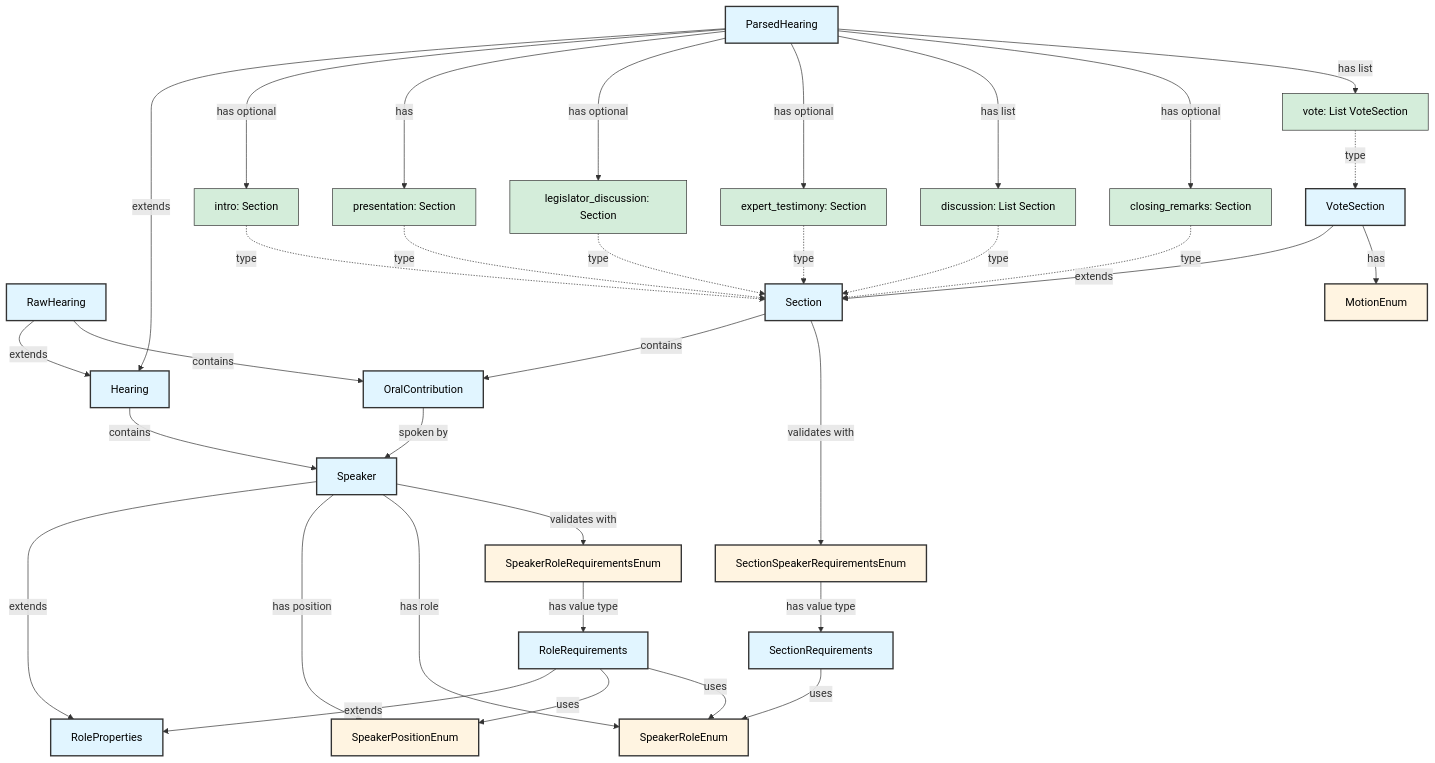
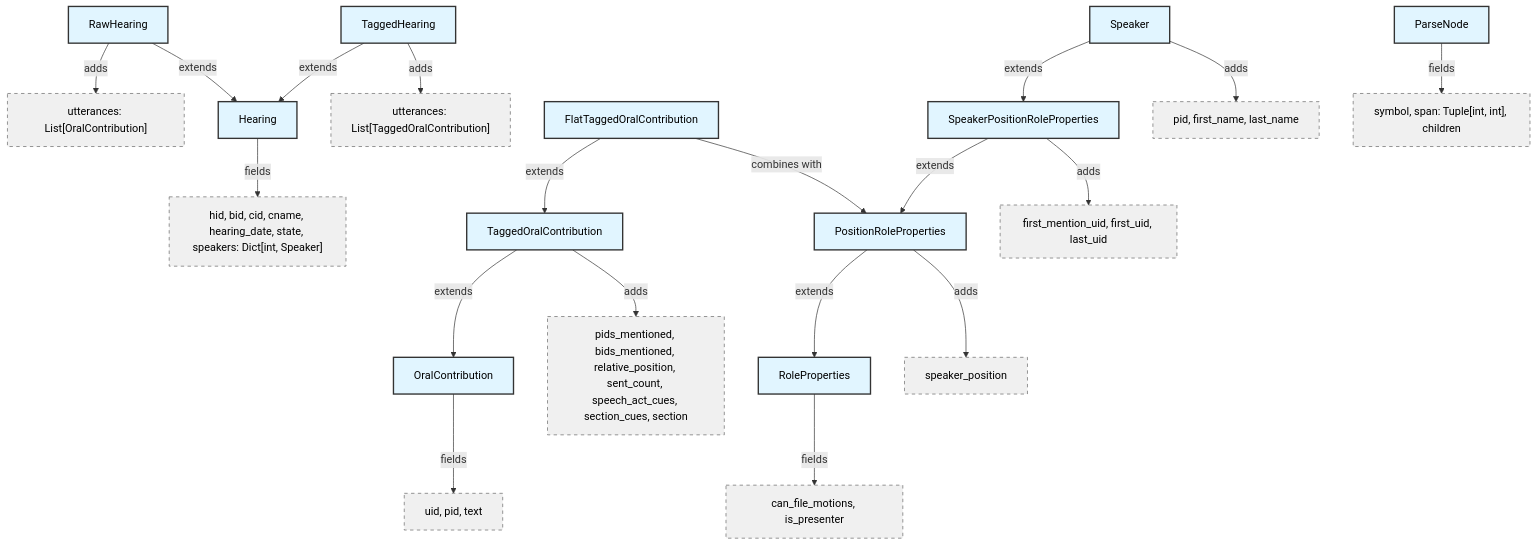
One commit to IsaacFigNewton/CommitteeHearingDiscourseParser changed the second of 3 diagrams in README.md. Above: the diagram before and after it, drawn with Mermaid. The commit also changed other lines of this file and 1 other file, not shown here.

````diff
--- a/README.md
+++ b/README.md
@@ -111,84 +130,53 @@
 ```mermaid
 graph TD
-    %% Main entities
+    %% Hearing hierarchy
     Hearing[Hearing]
+    Hearing -->|fields| hearing_fields["hid, bid, cid, cname, hearing_date, state, speakers: Dict[int, Speaker]"]
     RawHearing[RawHearing]
-    ParsedHearing[ParsedHearing]
+    RawHearing -->|adds| raw_fields["utterances: List[OralContribution]"]
+    RawHearing -->|extends| Hearing
+    TaggedHearing[TaggedHearing]
+    TaggedHearing -->|extends| Hearing
+    TaggedHearing -->|adds| tagged_fields["utterances: List[TaggedOralContribution]"]
+
+    %% OralContribution hierarchy
+    OralContribution[OralContribution]
+    TaggedOralContribution[TaggedOralContribution]
+    FlatTaggedOralContribution[FlatTaggedOralContribution]
+    FlatTaggedOralContribution -->|extends| TaggedOralContribution
+    FlatTaggedOralContribution -->|combines with| PositionRoleProperties
+
+    %% Speaker property hierarchy
+    RoleProperties[RoleProperties]
+    PositionRoleProperties[PositionRoleProperties]
+    SpeakerPositionRoleProperties[SpeakerPositionRoleProperties]
     Speaker[Speaker]
-    OralContribution[OralContribution]
 
-    %% Sections
-    Section[Section]
-    VoteSection[VoteSection]
+    %% Other classes
+    ParseNode[ParseNode]
 
-    %% Enums
-    SpeakerPositionEnum[SpeakerPositionEnum]
-    SpeakerRoleEnum[SpeakerRoleEnum]
-    SpeakerRoleRequirementsEnum[SpeakerRoleRequirementsEnum]
-    SectionSpeakerRequirementsEnum[SectionSpeakerRequirementsEnum]
-    MotionEnum[MotionEnum]
+    %% OralContribution hierarchy relationships
+    TaggedOralContribution -->|extends| OralContribution
 
-    %% Supporting classes
-    RoleProperties[RoleProperties]
-    RoleRequirements[RoleRequirements]
-    SectionRequirements[SectionRequirements]
+    %% Speaker property hierarchy relationships
+    PositionRoleProperties -->|extends| RoleProperties
+    PositionRoleProperties -->|adds| position_fields["speaker_position"]
+    SpeakerPositionRoleProperties -->|extends| PositionRoleProperties
+    SpeakerPositionRoleProperties -->|adds| tracking_fields["first_mention_uid, first_uid, last_uid"]
+    Speaker -->|extends| SpeakerPositionRoleProperties
 
-    %% Hearing hierarchy
-    RawHearing -->|extends| Hearing
-    ParsedHearing -->|extends| Hearing
+    OralContribution -->|fields| oral_fields["uid, pid, text"]
+    TaggedOralContribution -->|adds| tagged_oral_fields["pids_mentioned, bids_mentioned, relative_position, sent_count, speech_act_cues, section_cues, section"]
 
-    %% Hearing relationships
-    Hearing -->|contains| Speaker
-    RawHearing -->|contains| OralContribution
+    RoleProperties -->|fields| role_fields["can_file_motions, is_presenter"]
+    Speaker -->|adds| speaker_fields["pid, first_name, last_name"]
 
-    %% ParsedHearing sections
-    ParsedHearing -->|has optional| intro[intro: Section]
-    ParsedHearing -->|has| presentation[presentation: Section]
-    ParsedHearing -->|has optional| legislator_discussion[legislator_discussion: Section]
-    ParsedHearing -->|has optional| expert_testimony[expert_testimony: Section]
-    ParsedHearing -->|has list| discussion[discussion: List Section]
-    ParsedHearing -->|has optional| closing[closing_remarks: Section]
-    ParsedHearing -->|has list| vote[vote: List VoteSection]
-
-    intro -.->|type| Section
-    presentation -.->|type| Section
-    legislator_discussion -.->|type| Section
-    expert_testimony -.->|type| Section
-    discussion -.->|type| Section
-    closing -.->|type| Section
-    vote -.->|type| VoteSection
-
-    %% Section relationships
-    Section -->|contains| OralContribution
-    Section -->|validates with| SectionSpeakerRequirementsEnum
-    VoteSection -->|extends| Section
-    VoteSection -->|has| MotionEnum
-
-    %% OralContribution relationships
-    OralContribution -->|spoken by| Speaker
-
-    %% Speaker relationships
-    Speaker -->|extends| RoleProperties
-    Speaker -->|has position| SpeakerPositionEnum
-    Speaker -->|has role| SpeakerRoleEnum
-    Speaker -->|validates with| SpeakerRoleRequirementsEnum
-
-    %% Role relationships
-    SpeakerRoleRequirementsEnum -->|has value type| RoleRequirements
-    RoleRequirements -->|extends| RoleProperties
-    RoleRequirements -->|uses| SpeakerPositionEnum
-    RoleRequirements -->|uses| SpeakerRoleEnum
-
-    %% Section validation relationships
-    SectionSpeakerRequirementsEnum -->|has value type| SectionRequirements
-    SectionRequirements -->|uses| SpeakerRoleEnum
+    ParseNode -->|fields| parse_fields["symbol, span: Tuple[int, int], children"]
 
     %% Styling
     classDef dataclass fill:#e1f5ff,stroke:#333,stroke-width:2px,color:#000
-    classDef enumClass fill:#fff4e1,stroke:#333,stroke-width:2px,color:#000
-    classDef sectionNode fill:#d4edda,stroke:#333,stroke-width:1px,color:#000
+    classDef fieldNode fill:#f0f0f0,stroke:#666,stroke-width:1px,color:#000,stroke-dasharray: 5 5
 
-    class Hearing,RawHearing,ParsedHearing,Section,VoteSection,OralContribution,Speaker,RoleProperties,RoleRequirements,SectionRequirements dataclass
-    class SpeakerPositionEnum,SpeakerRoleEnum,SpeakerRoleRequirementsEnum,SectionSpeakerRequirementsEnum,MotionEnum enumClass
-    class intro,presentation,legislator_discussion,expert_testimony,discussion,closing,vote sectionNode
+    class Hearing,RawHearing,TaggedHearing,OralContribution,TaggedOralContribution,FlatTaggedOralContribution,RoleProperties,PositionRoleProperties,SpeakerPositionRoleProperties,Speaker,ParseNode dataclass
+    class hearing_fields,raw_fields,tagged_fields,oral_fields,tagged_oral_fields,role_fields,position_fields,tracking_fields,speaker_fields,section_fields,parse_fields fieldNode
 ```
````
